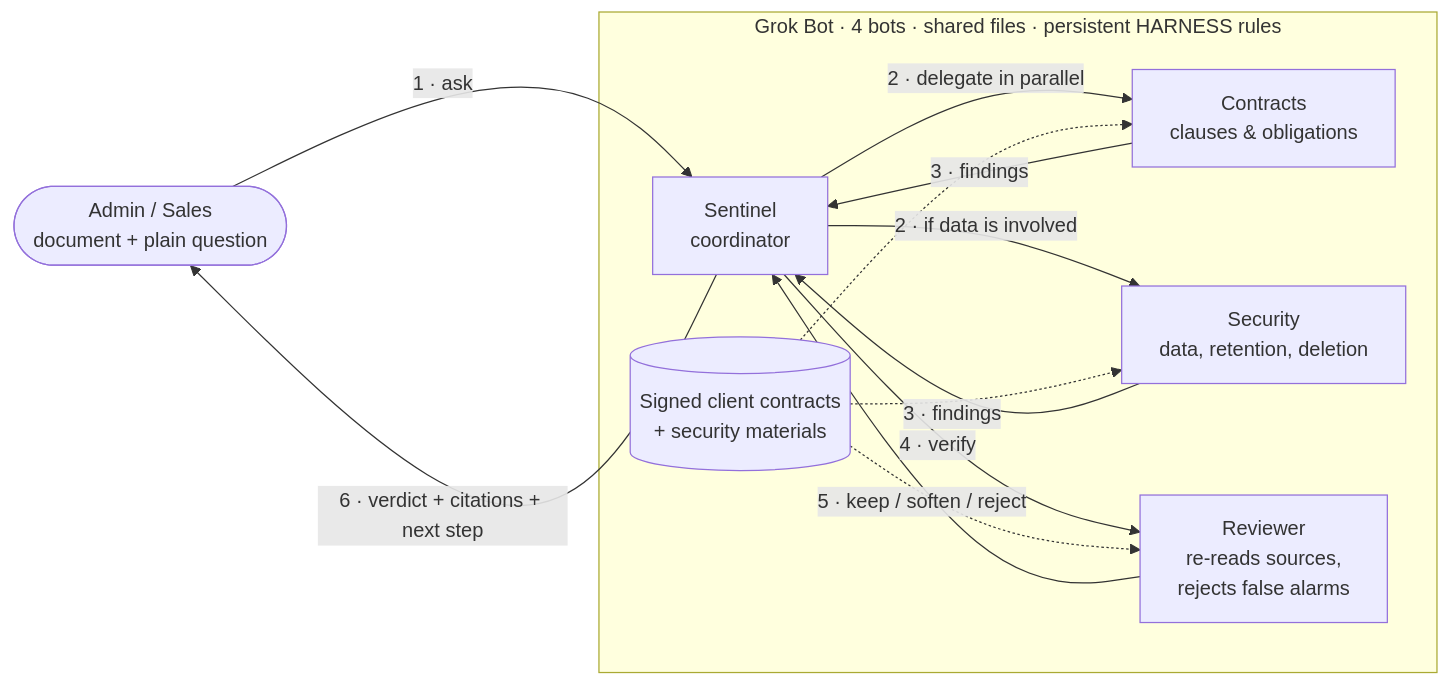
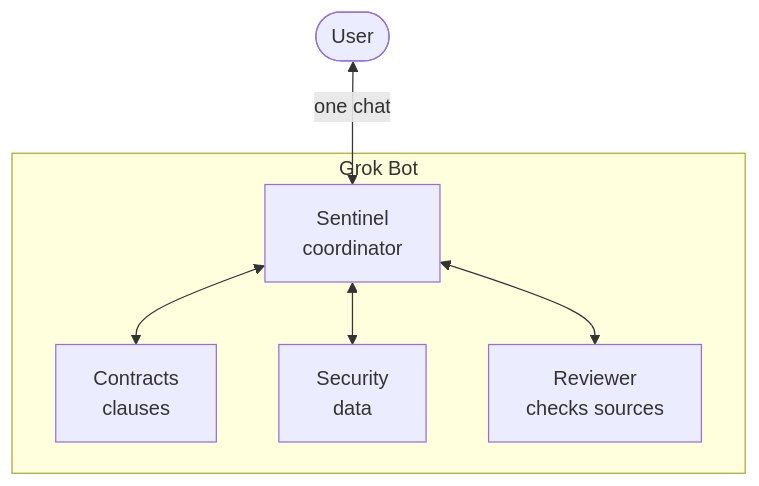
Before and after one commit to kluku/grokbot-hackathon: the diagram in README.md, drawn with Mermaid.

Commit message:
Simplify README diagram to the four-bot Grok Bot collaboration

````diff
--- a/README.md
+++ b/README.md
@@ -13,20 +13,10 @@
 ```mermaid
-flowchart LR
-    U(["Admin / Sales<br/>document + plain question"])
-    subgraph GB["Grok Bot · 4 bots · shared files · persistent HARNESS rules"]
+flowchart TB
+    subgraph GB["Grok Bot"]
         S["Sentinel<br/>coordinator"]
-        C["Contracts<br/>clauses & obligations"]
-        SEC["Security<br/>data, retention, deletion"]
-        R["Reviewer<br/>re-reads sources,<br/>rejects false alarms"]
-        KB[("Signed client contracts<br/>+ security materials")]
+        S <--> C["Contracts<br/>clauses"]
+        S <--> SEC["Security<br/>data"]
+        S <--> R["Reviewer<br/>checks sources"]
     end
-    U -->|"1 · ask"| S
-    S -->|"2 · delegate in parallel"| C
-    S -->|"2 · if data is involved"| SEC
-    C -->|"3 · findings"| S
-    SEC -->|"3 · findings"| S
-    S -->|"4 · verify"| R
-    R -->|"5 · keep / soften / reject"| S
-    S -->|"6 · verdict + citations + next step"| U
-    KB -.-> C & SEC & R
+    U(["User"]) <-->|"one chat"| S
 ```
````
